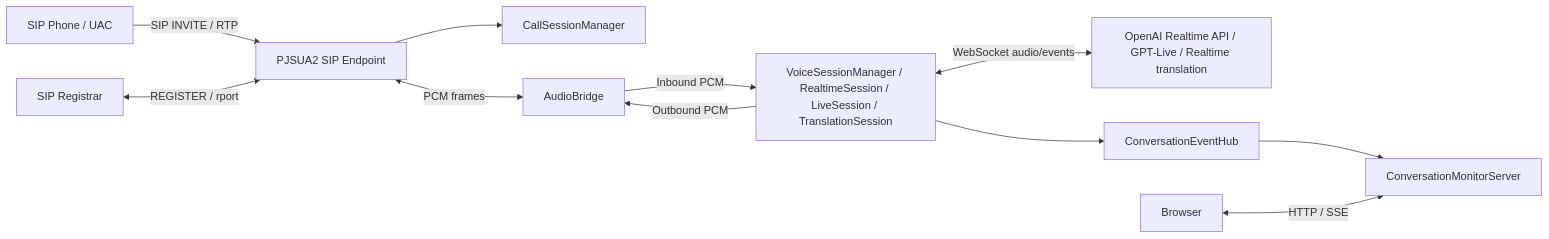
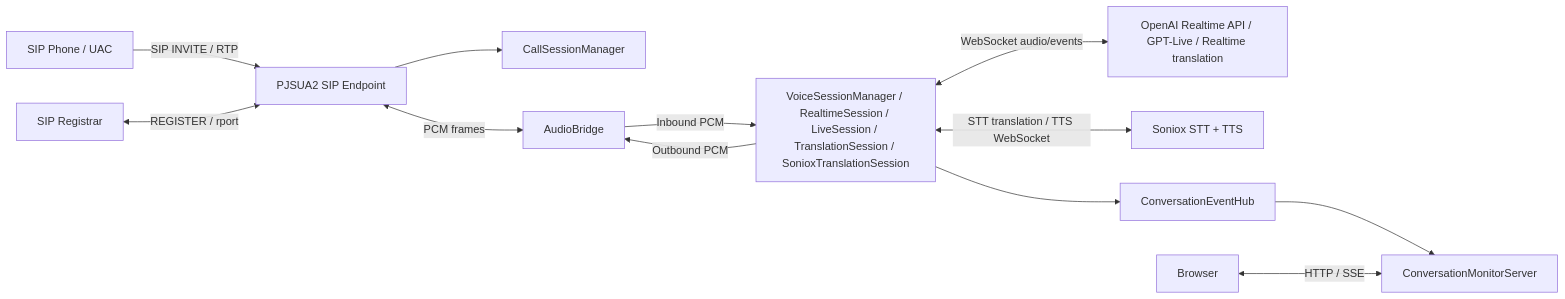
The diagram in docs/system-design.md (keimei-yoritaka/telephony-openai-gw), drawn with Mermaid before and after one commit. The commit also changed other lines of this file and 25 other files, not shown here.

````diff
--- a/docs/system-design.md
+++ b/docs/system-design.md
@@ -50,13 +51,14 @@
 ```mermaid
 flowchart LR
   Phone["SIP Phone / UAC"] -->|"SIP INVITE / RTP"| PJSIP["PJSUA2 SIP Endpoint"]
   Registrar["SIP Registrar"] <-->|"REGISTER / rport"| PJSIP
   PJSIP --> Session["CallSessionManager"]
   PJSIP <-->|"PCM frames"| Audio["AudioBridge"]
-  Audio -->|"Inbound PCM"| Realtime["VoiceSessionManager / RealtimeSession / LiveSession / TranslationSession"]
+  Audio -->|"Inbound PCM"| Realtime["VoiceSessionManager / RealtimeSession / LiveSession / TranslationSession / SonioxTranslationSession"]
   Realtime -->|"Outbound PCM"| Audio
   Realtime <-->|"WebSocket audio/events"| OpenAI["OpenAI Realtime API / GPT-Live / Realtime translation"]
+  Realtime <-->|"STT translation / TTS WebSocket"| Soniox["Soniox STT + TTS"]
   Realtime --> MonitorHub["ConversationEventHub"]
   MonitorHub --> Monitor["ConversationMonitorServer"]
   Browser["Browser"] <-->|"HTTP / SSE"| Monitor
 ```
````
